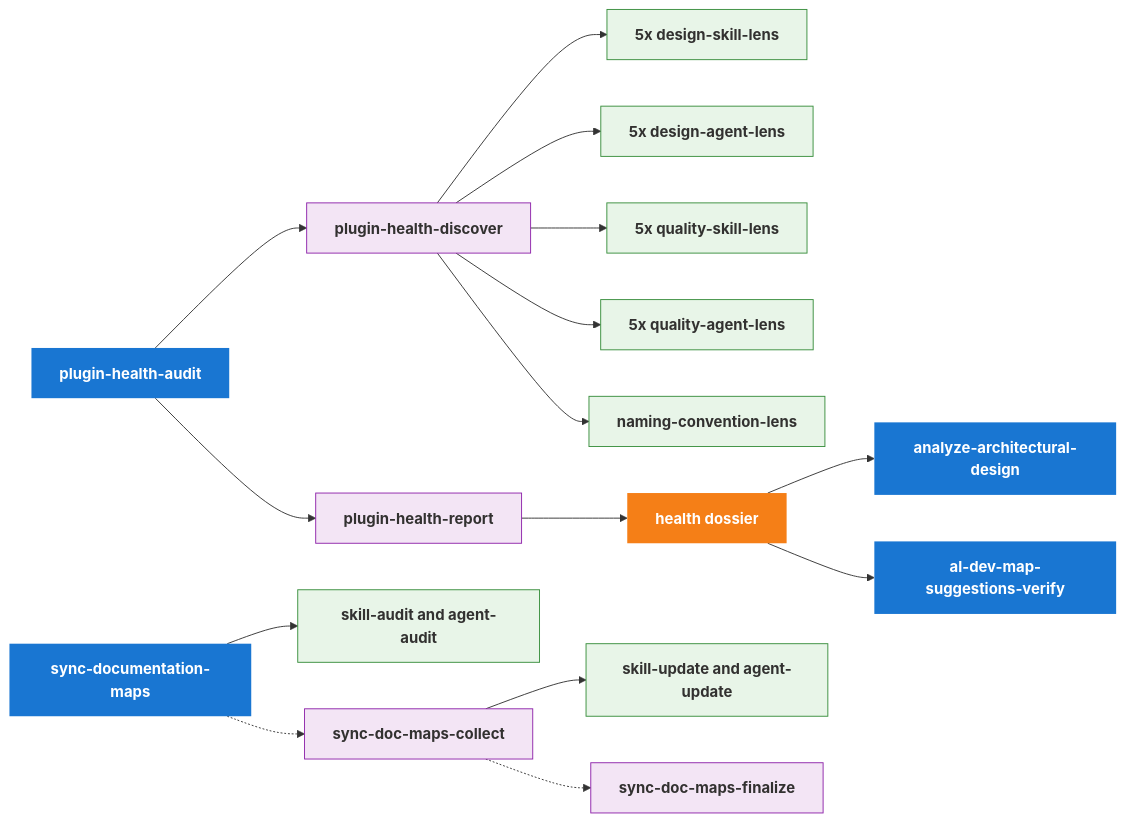
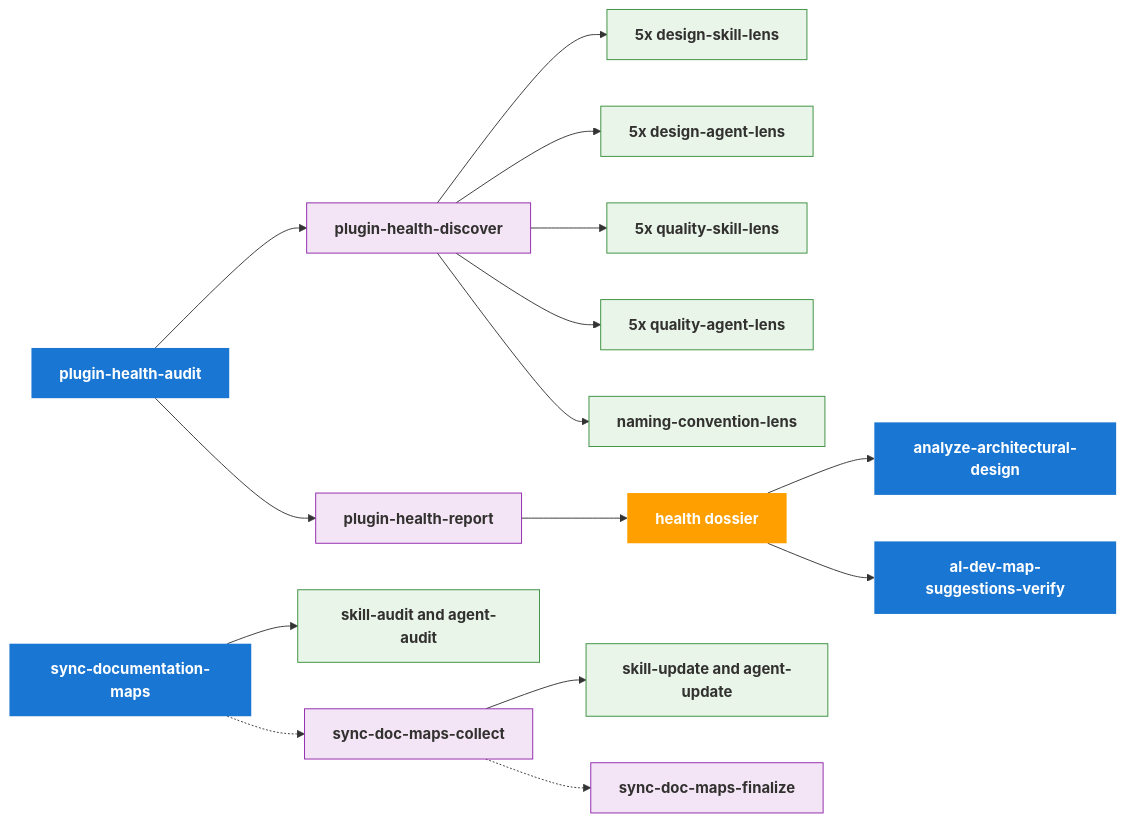
One commit to russell-laing/al-dev-shared changed the first of 2 diagrams in docs/maintainer-tooling.md. Above: the diagram before and after it, drawn with Mermaid.

Commit message:
🎨 refactor(docs): clarify mermaid diagram color semantics
- Change Diagram 1 output node color from deep orange (#f57f17) to Material Amber (#FFA000)
- Diagram 2 shortcut class color unchanged (remains #f57f17)
- Improves color contrast and semantic consistency

````diff
--- a/docs/maintainer-tooling.md
+++ b/docs/maintainer-tooling.md
@@ -59,68 +59,68 @@
 ```mermaid
 flowchart LR
     classDef entry fill:#1976d2,stroke:none,color:#fff,font-weight:bold
     classDef sub fill:#f3e5f5,stroke:#8e24aa,color:#323130,font-weight:bold
     classDef agentGroup fill:#e8f5e8,stroke:#388e3c,color:#323130,font-weight:bold
-    classDef output fill:#f57f17,stroke:none,color:#fff,font-weight:bold
+    classDef output fill:#FFA000,stroke:none,color:#fff,font-weight:bold
 
     %% Entry points
     PHA[plugin-health-audit]
     AAD[analyze-architectural-design]
     AMSV[al-dev-map-suggestions-verify]
     SDM[sync-documentation-maps]
 
     %% Sub-skills
     PHD[plugin-health-discover]
     PHR[plugin-health-report]
     SDMC[sync-doc-maps-collect]
     SDMF[sync-doc-maps-finalize]
 
     %% Agent groups dispatched
     DSL[5x design-skill-lens]
     DAL[5x design-agent-lens]
     QSL[5x quality-skill-lens]
     QAL[5x quality-agent-lens]
     NL[naming-convention-lens]
     AUDIT[skill-audit and agent-audit]
     UPDATE[skill-update and agent-update]
 
     %% Output
     DOSSIER[health dossier]
 
     %% Find-improvements - the single entry
     PHA --> PHD
     PHA --> PHR
     PHD --> DSL
     PHD --> DAL
     PHD --> QSL
     PHD --> QAL
     PHD --> NL
     PHR --> DOSSIER
 
     %% Dossier consumers
     DOSSIER --> AAD
     DOSSIER --> AMSV
 
     %% Async map sync
     SDM --> AUDIT
     SDM -.-> SDMC
     SDMC --> UPDATE
     SDMC -.-> SDMF
 
     class PHA entry
     class AAD entry
     class AMSV entry
     class SDM entry
     class PHD sub
     class PHR sub
     class SDMC sub
     class SDMF sub
     class DSL agentGroup
     class DAL agentGroup
     class QSL agentGroup
     class QAL agentGroup
     class NL agentGroup
     class AUDIT agentGroup
     class UPDATE agentGroup
     class DOSSIER output
 ```
````
